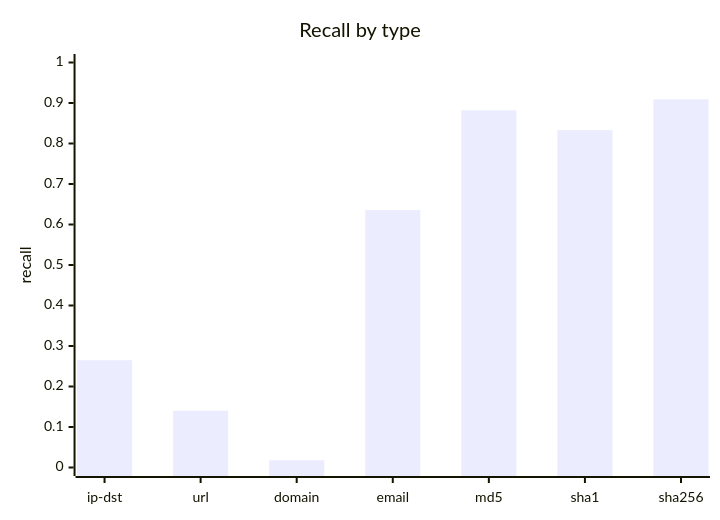
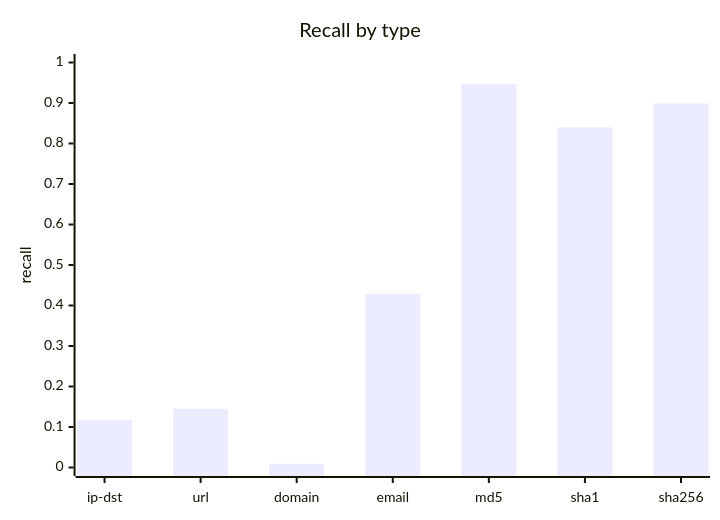
One commit to MISP/ai-connector changed the first of 5 diagrams in docs/BENCHMARKS_extraction.md. Above: the diagram before and after it, drawn with Mermaid. The commit also changed other lines of this file and 6 other files, not shown here.

````diff
--- a/docs/BENCHMARKS_extraction.md
+++ b/docs/BENCHMARKS_extraction.md
@@ -49,7 +49,7 @@
 ```mermaid
 xychart-beta
   title "Recall by type"
   x-axis ["ip-dst", "url", "domain", "email", "md5", "sha1", "sha256"]
   y-axis "recall" 0 --> 1.000
-  bar [0.265, 0.140, 0.018, 0.636, 0.882, 0.833, 0.909]
+  bar [0.118, 0.145, 0.009, 0.429, 0.947, 0.840, 0.899]
 ```
````
